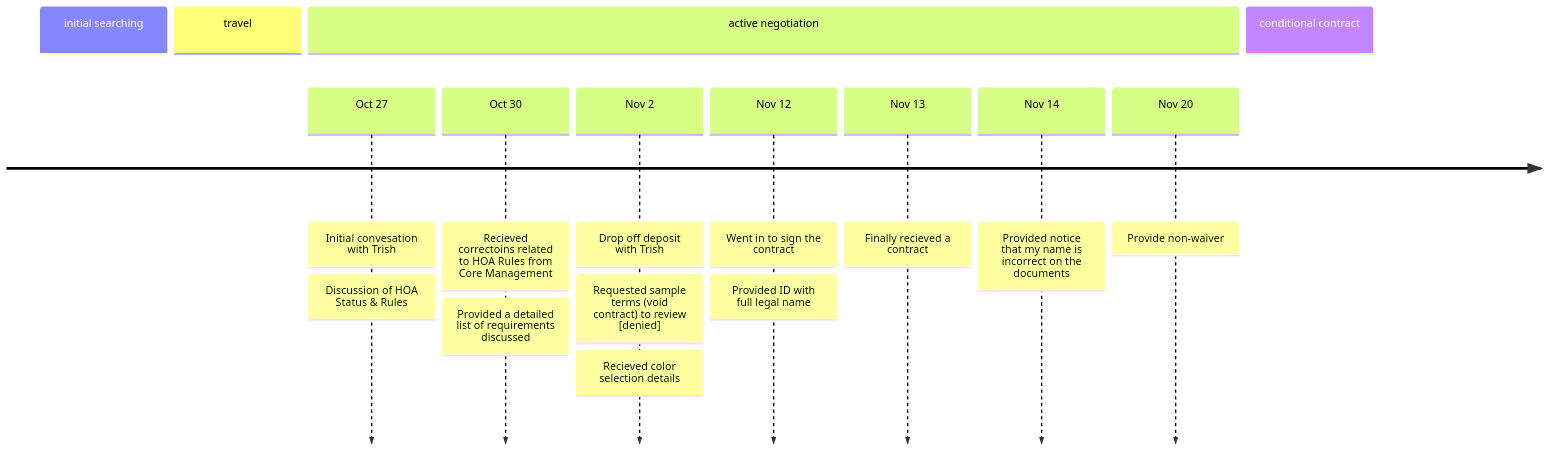
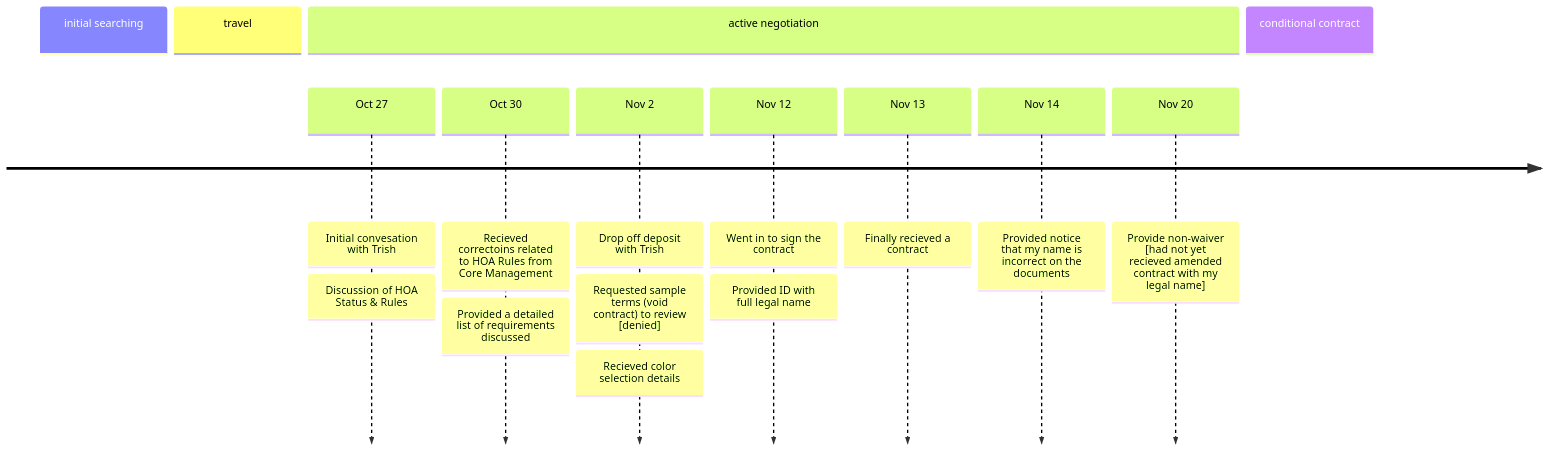
Before and after one commit to sparksis/lanark.house: the diagram in _uploads/timeline.mermaid, drawn with Mermaid.

Commit message:
more detail about non-waiver

```diff
--- a/_uploads/timeline.mermaid
+++ b/_uploads/timeline.mermaid
@@ -1,17 +1,17 @@
 timeline
     section initial searching
     section travel
     section active negotiation
         Oct 27  : Initial convesation with Trish
                 : Discussion of HOA Status & Rules
         Oct 30  : Recieved correctoins related to HOA Rules from Core Management
                 : Provided a detailed list of requirements discussed
         Nov 2   : Drop off deposit with Trish
                 : Requested sample terms (void contract) to review [denied]
                 : Recieved color selection details
         Nov 12  : Went in to sign the contract
                 : Provided ID with full legal name
         Nov 13  : Finally recieved a contract
         Nov 14  : Provided notice that my name is incorrect on the documents
-        Nov 20  : Provide non-waiver
+        Nov 20  : Provide non-waiver [had not yet recieved amended contract with my legal name]
     section conditional contract
```
